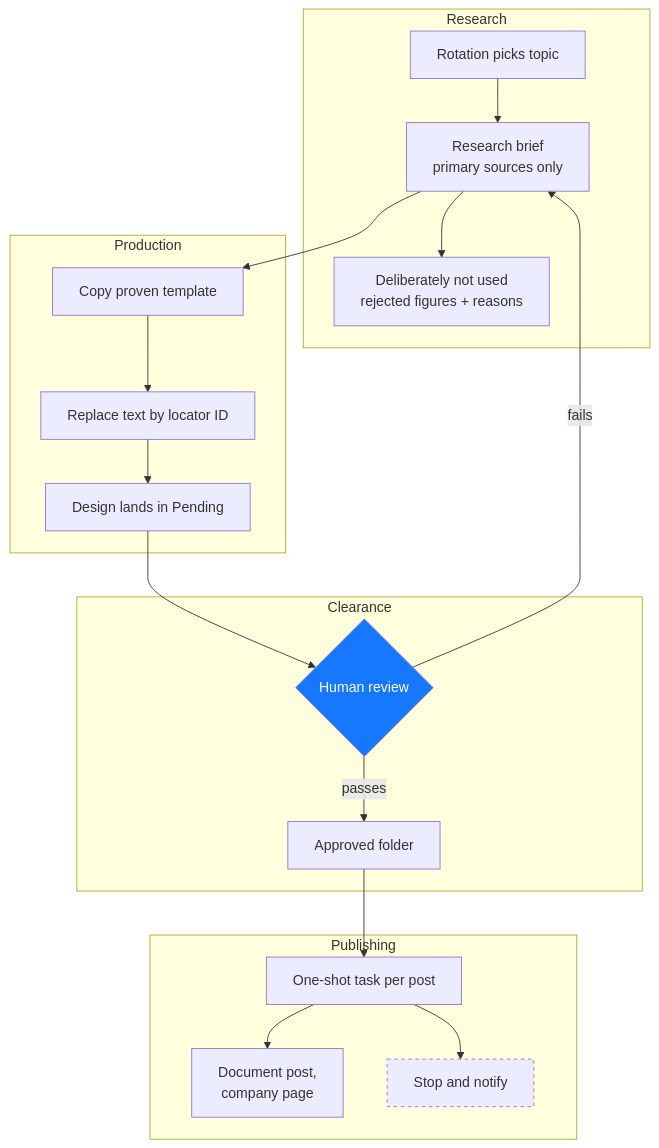
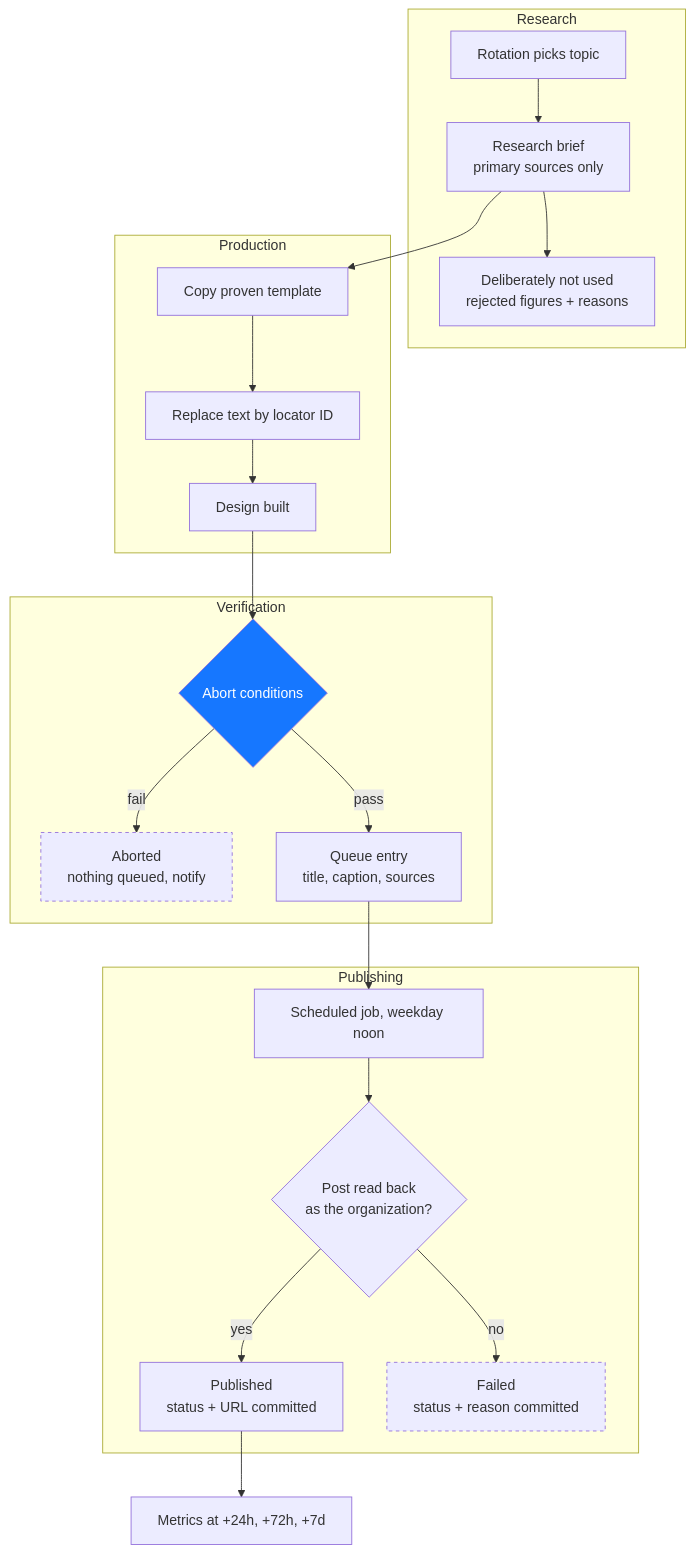
Before and after one commit to ricoecko19/ricoecko19: the diagram in linkedin-content-pipeline/docs/explanation/architecture.md, drawn with Mermaid. The commit also changed other lines of this file and 3 other files, not shown here.

````diff
--- a/linkedin-content-pipeline/docs/explanation/architecture.md
+++ b/linkedin-content-pipeline/docs/explanation/architecture.md
@@ -24,25 +26,28 @@
 ```mermaid
 flowchart TD
     subgraph Research
         R1[Rotation picks topic] --> R2[Research brief<br/>primary sources only]
         R2 --> R3[Deliberately not used<br/>rejected figures + reasons]
     end
     subgraph Production
         R2 --> P1[Copy proven template]
         P1 --> P2[Replace text by locator ID]
-        P2 --> P3[Design lands in Pending]
+        P2 --> P3[Design built]
     end
-    subgraph Clearance
-        P3 --> H{Human review}
-        H -->|fails| R2
-        H -->|passes| A[Approved folder]
+    subgraph Verification
+        P3 --> V{Abort conditions}
+        V -->|fail| X[Aborted<br/>nothing queued, notify]
+        V -->|pass| Q[Queue entry<br/>title, caption, sources]
     end
     subgraph Publishing
-        A --> S[One-shot task per post]
-        S --> PUB[Document post,<br/>company page]
-        S --> STOP[Stop and notify]
+        Q --> J[Scheduled job, weekday noon]
+        J --> RB{Post read back<br/>as the organization?}
+        RB -->|yes| PUB[Published<br/>status + URL committed]
+        RB -->|no| F[Failed<br/>status + reason committed]
     end
+    PUB --> M[Metrics at +24h, +72h, +7d]
 
-    style H fill:#1677FF,color:#fff
-    style STOP stroke-dasharray: 4 4
+    style V fill:#1677FF,color:#fff
+    style X stroke-dasharray: 4 4
+    style F stroke-dasharray: 4 4
 ```
````
